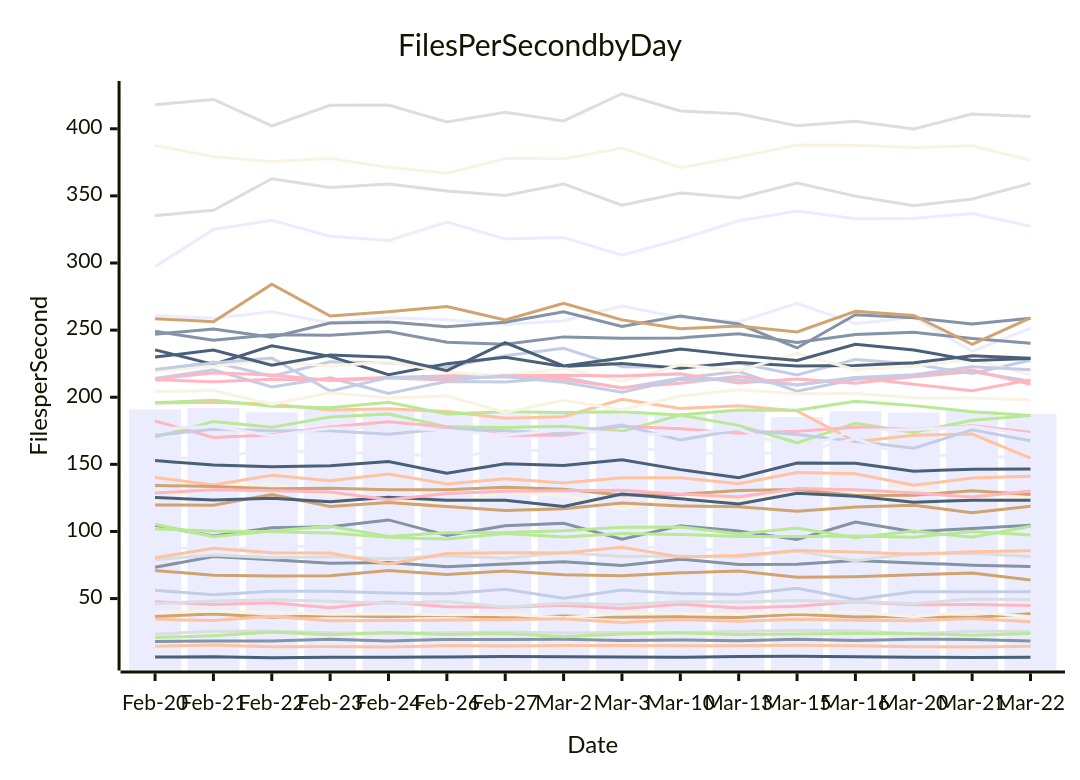
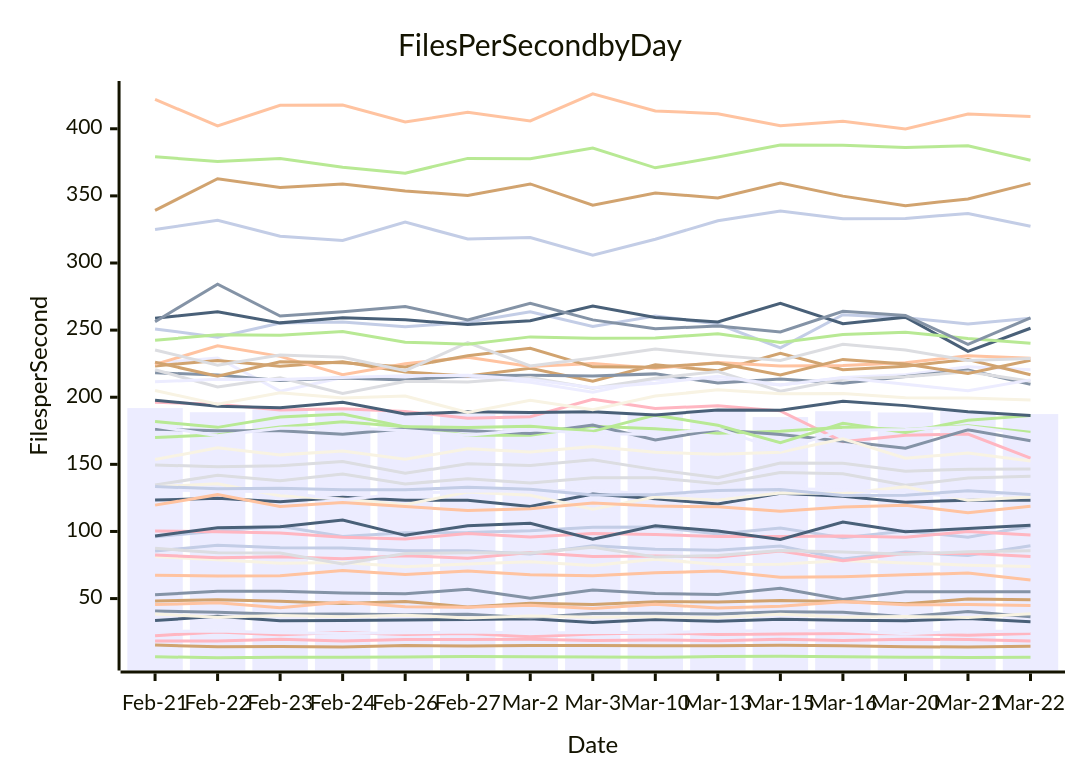
Before and after one commit to streetsidesoftware/cspell: the diagram in perf-report.md, drawn with Mermaid. The commit also changed other lines of this file and 2 other files, not shown here.

````diff
--- a/perf-report.md
+++ b/perf-report.md
@@ -11,57 +11,57 @@
 ```mermaid
 xychart-beta
     title Files Per Second by Day
     y-axis Files per Second
-    x-axis Date [Feb-20, Feb-21, Feb-22, Feb-23, Feb-24, Feb-26, Feb-27, Mar-2, Mar-3, Mar-10, Mar-13, Mar-15, Mar-16, Mar-20, Mar-21, Mar-22]
-    bar [190.95, 191.93, 188.84, 190.95, 190.14, 188.86, 187.47, 189.15, 187.99, 188.38, 189.98, 185.21, 189.57, 188.63, 189.87, 187.45]
-    line [18.01, 18.46, 18.38, 19.68, 18.34, 19.60, 19.60, 19.63, 18.78, 19.22, 18.67, 19.78, 18.71, 19.79, 19.47, 18.35]
-    line [14.46, 15.41, 14.08, 14.28, 13.96, 14.98, 14.69, 15.09, 15.05, 14.93, 14.92, 15.23, 14.84, 14.06, 13.99, 14.45]
-    line [23.53, 25.65, 25.87, 24.49, 24.03, 24.62, 25.06, 24.45, 24.76, 24.74, 25.60, 26.18, 25.98, 23.83, 25.61, 25.64]
-    line [170.26, 181.98, 177.56, 185.31, 187.50, 177.93, 177.54, 178.41, 174.58, 186.65, 179.06, 166.05, 180.55, 173.75, 182.92, 186.30]
-    line [70.89, 67.31, 66.82, 66.94, 70.88, 67.89, 70.56, 67.78, 66.98, 69.18, 70.51, 65.83, 66.30, 67.73, 68.98, 63.91]
-    line [56.16, 52.87, 55.45, 55.44, 54.09, 53.55, 56.91, 50.34, 56.33, 53.77, 52.96, 57.64, 49.40, 55.01, 55.07, 55.14]
-    line [47.66, 45.50, 46.89, 43.13, 47.48, 43.86, 43.58, 44.95, 42.68, 45.79, 43.00, 44.30, 47.55, 45.42, 45.55, 44.76]
-    line [6.45, 6.67, 5.92, 6.38, 6.30, 6.44, 6.78, 6.62, 6.55, 6.32, 6.79, 7.12, 6.59, 6.35, 6.19, 6.26]
-    line [123.16, 133.27, 135.57, 126.55, 124.20, 119.96, 129.35, 126.96, 116.50, 125.61, 123.50, 128.64, 128.22, 133.34, 123.28, 125.66]
-    line [89.95, 85.47, 89.64, 87.93, 87.72, 85.68, 85.69, 83.26, 89.40, 86.73, 86.09, 89.20, 79.46, 84.64, 82.02, 89.37]
-    line [104.52, 96.66, 102.79, 103.56, 108.60, 97.11, 104.32, 106.04, 94.30, 104.19, 100.36, 94.07, 106.95, 99.82, 102.15, 104.63]
-    line [140.26, 134.61, 141.79, 137.76, 142.75, 135.42, 139.26, 136.06, 139.99, 140.01, 135.63, 143.93, 142.95, 134.36, 139.82, 141.15]
-    line [335.36, 339.22, 362.80, 356.26, 358.85, 353.61, 350.32, 358.90, 343.06, 352.21, 348.39, 359.59, 349.81, 342.75, 347.71, 359.34]
-    line [20.92, 22.32, 25.16, 23.04, 24.66, 23.19, 24.07, 21.50, 23.56, 24.56, 23.16, 23.57, 24.07, 23.83, 22.72, 24.07]
-    line [119.71, 119.61, 127.43, 118.55, 121.57, 118.53, 115.70, 116.93, 121.24, 118.95, 118.40, 114.99, 118.14, 119.47, 113.95, 118.70]
-    line [220.24, 226.17, 215.58, 226.36, 225.70, 222.46, 230.96, 236.51, 222.64, 222.38, 225.56, 216.60, 228.18, 224.68, 217.69, 227.52]
-    line [182.28, 170.09, 171.99, 177.77, 181.65, 177.93, 171.71, 171.61, 178.31, 176.56, 173.19, 174.63, 177.66, 175.92, 178.79, 174.01]
-    line [152.78, 149.55, 148.15, 148.90, 152.11, 143.30, 150.41, 149.07, 153.47, 146.06, 140.05, 150.95, 150.81, 144.94, 146.39, 146.52]
-    line [387.65, 379.15, 375.70, 377.89, 371.33, 366.95, 377.92, 377.66, 385.69, 370.91, 378.91, 387.90, 387.80, 386.06, 387.41, 376.59]
-    line [297.30, 325.03, 331.76, 320.00, 316.72, 330.45, 317.84, 319.02, 305.87, 317.67, 331.44, 338.69, 332.97, 333.24, 336.87, 327.34]
-    line [73.32, 81.29, 78.95, 76.37, 76.80, 73.75, 75.77, 77.40, 74.68, 79.36, 75.39, 75.58, 78.40, 76.58, 74.92, 73.83]
-    line [195.69, 196.29, 194.82, 190.50, 191.36, 189.34, 184.31, 185.47, 198.42, 191.68, 193.62, 189.84, 166.89, 171.60, 172.56, 154.71]
-    line [78.91, 82.42, 80.37, 81.15, 79.72, 81.93, 80.10, 84.29, 81.35, 81.66, 80.93, 85.41, 78.19, 83.51, 83.81, 81.43]
-    line [105.41, 96.15, 100.38, 103.85, 96.33, 99.09, 99.19, 100.48, 103.18, 103.33, 98.05, 102.55, 95.32, 100.34, 95.68, 103.94]
-    line [36.62, 38.51, 36.10, 37.37, 36.52, 37.66, 35.60, 37.02, 36.08, 36.38, 35.91, 38.37, 36.25, 36.61, 35.87, 38.67]
-    line [213.97, 220.46, 207.58, 214.51, 202.85, 211.79, 211.44, 214.66, 206.78, 214.22, 219.20, 204.44, 213.42, 215.32, 218.95, 211.96]
-    line [212.95, 211.55, 213.31, 213.15, 214.61, 215.98, 216.39, 213.20, 207.00, 210.46, 215.67, 209.05, 214.60, 209.59, 204.82, 212.94]
-    line [235.31, 224.47, 238.32, 230.44, 216.76, 225.02, 229.69, 222.82, 225.14, 221.56, 225.82, 223.33, 223.62, 225.78, 230.86, 229.00]
-    line [219.20, 223.30, 227.37, 223.02, 226.36, 218.81, 215.75, 221.50, 212.02, 224.11, 219.75, 232.68, 220.52, 223.12, 228.15, 216.79]
-    line [260.94, 258.83, 263.71, 255.40, 259.16, 257.65, 254.22, 257.02, 267.92, 259.39, 256.02, 269.97, 254.79, 259.65, 234.19, 251.38]
-    line [249.13, 242.45, 246.48, 246.10, 248.98, 240.98, 239.52, 244.96, 243.99, 244.22, 247.23, 240.74, 246.80, 248.37, 243.77, 240.29]
-    line [80.37, 87.47, 84.08, 83.91, 75.76, 83.59, 84.08, 83.89, 88.30, 81.02, 82.11, 85.90, 84.63, 82.99, 84.87, 85.57]
-    line [417.90, 421.85, 402.15, 417.55, 417.69, 405.05, 412.32, 405.86, 426.09, 413.29, 411.20, 402.18, 405.65, 399.88, 410.92, 409.10]
-    line [101.87, 100.27, 99.76, 98.90, 95.69, 94.30, 98.50, 95.82, 98.55, 97.82, 96.22, 96.21, 96.60, 95.61, 100.00, 97.34]
-    line [134.30, 133.46, 131.83, 132.27, 131.01, 131.00, 133.00, 131.45, 127.22, 127.60, 130.54, 131.20, 126.76, 126.98, 130.36, 127.52]
-    line [171.61, 176.10, 175.03, 175.02, 172.48, 176.50, 175.06, 173.05, 179.29, 168.17, 175.84, 172.23, 167.20, 162.09, 175.73, 167.53]
-    line [213.49, 218.19, 216.61, 212.54, 214.33, 212.86, 215.99, 216.40, 215.81, 217.40, 210.64, 213.63, 210.38, 215.44, 220.20, 209.66]
-    line [125.30, 123.36, 124.67, 122.06, 125.40, 123.31, 123.27, 118.58, 127.90, 124.38, 120.45, 128.40, 126.26, 121.85, 123.29, 123.31]
-    line [39.79, 40.82, 39.75, 38.29, 38.55, 38.02, 38.35, 35.65, 38.90, 38.99, 38.46, 40.13, 39.77, 36.42, 40.38, 36.50]
-    line [155.61, 153.59, 162.30, 157.06, 159.96, 153.79, 161.66, 159.28, 163.36, 159.01, 157.48, 159.10, 169.05, 154.54, 158.47, 152.54]
-    line [246.95, 250.90, 244.70, 255.35, 256.03, 252.54, 255.82, 263.63, 252.65, 260.43, 254.55, 236.73, 261.47, 259.22, 254.59, 258.80]
-    line [34.71, 33.66, 36.75, 33.50, 33.75, 33.98, 34.43, 34.99, 32.10, 34.36, 33.03, 34.53, 33.80, 33.49, 35.23, 32.80]
-    line [46.36, 48.18, 49.05, 48.06, 46.41, 47.91, 43.77, 46.60, 45.68, 47.70, 47.47, 48.64, 47.90, 46.22, 49.72, 49.15]
-    line [195.93, 197.80, 193.32, 192.22, 196.28, 187.50, 189.10, 188.54, 189.19, 186.81, 190.52, 190.26, 197.02, 193.75, 189.15, 186.42]
-    line [258.56, 256.27, 284.25, 260.54, 263.62, 267.57, 257.62, 270.01, 257.62, 250.97, 253.10, 248.68, 263.99, 260.91, 239.46, 259.16]
-    line [220.72, 225.56, 229.20, 204.56, 214.62, 214.22, 215.21, 211.23, 203.79, 213.30, 213.00, 209.05, 214.75, 216.78, 222.67, 220.47]
-    line [128.62, 131.04, 130.26, 129.44, 123.58, 128.31, 129.87, 130.27, 130.71, 127.81, 125.76, 132.01, 131.14, 128.67, 125.67, 130.11]
-    line [229.90, 235.21, 223.87, 231.37, 229.84, 219.75, 240.64, 223.28, 229.19, 235.85, 231.18, 227.46, 239.47, 235.22, 227.41, 228.79]
-    line [204.19, 205.00, 194.87, 203.28, 199.45, 200.84, 188.59, 197.81, 190.62, 200.86, 205.50, 202.63, 202.69, 199.56, 199.40, 197.96]
-    line [176.25, 178.32, 171.39, 176.96, 177.51, 175.27, 171.69, 175.82, 173.02, 172.27, 176.52, 160.55, 175.49, 175.91, 178.24, 172.29]
+    x-axis Date [Feb-21, Feb-22, Feb-23, Feb-24, Feb-26, Feb-27, Mar-2, Mar-3, Mar-10, Mar-13, Mar-15, Mar-16, Mar-20, Mar-21, Mar-22]
+    bar [191.93, 188.84, 190.95, 190.14, 188.86, 187.47, 189.15, 187.99, 188.38, 189.98, 185.21, 189.57, 188.63, 189.87, 187.45]
+    line [52.87, 55.45, 55.44, 54.09, 53.55, 56.91, 50.34, 56.33, 53.77, 52.96, 57.64, 49.40, 55.01, 55.07, 55.14]
+    line [67.31, 66.82, 66.94, 70.88, 67.89, 70.56, 67.78, 66.98, 69.18, 70.51, 65.83, 66.30, 67.73, 68.98, 63.91]
+    line [134.61, 141.79, 137.76, 142.75, 135.42, 139.26, 136.06, 139.99, 140.01, 135.63, 143.93, 142.95, 134.36, 139.82, 141.15]
+    line [379.15, 375.70, 377.89, 371.33, 366.95, 377.92, 377.66, 385.69, 370.91, 378.91, 387.90, 387.80, 386.06, 387.41, 376.59]
+    line [48.18, 49.05, 48.06, 46.41, 47.91, 43.77, 46.60, 45.68, 47.70, 47.47, 48.64, 47.90, 46.22, 49.72, 49.15]
+    line [96.15, 100.38, 103.85, 96.33, 99.09, 99.19, 100.48, 103.18, 103.33, 98.05, 102.55, 95.32, 100.34, 95.68, 103.94]
+    line [22.32, 25.16, 23.04, 24.66, 23.19, 24.07, 21.50, 23.56, 24.56, 23.16, 23.57, 24.07, 23.83, 22.72, 24.07]
+    line [33.66, 36.75, 33.50, 33.75, 33.98, 34.43, 34.99, 32.10, 34.36, 33.03, 34.53, 33.80, 33.49, 35.23, 32.80]
+    line [81.29, 78.95, 76.37, 76.80, 73.75, 75.77, 77.40, 74.68, 79.36, 75.39, 75.58, 78.40, 76.58, 74.92, 73.83]
+    line [225.56, 229.20, 204.56, 214.62, 214.22, 215.21, 211.23, 203.79, 213.30, 213.00, 209.05, 214.75, 216.78, 222.67, 220.47]
+    line [40.82, 39.75, 38.29, 38.55, 38.02, 38.35, 35.65, 38.90, 38.99, 38.46, 40.13, 39.77, 36.42, 40.38, 36.50]
+    line [45.50, 46.89, 43.13, 47.48, 43.86, 43.58, 44.95, 42.68, 45.79, 43.00, 44.30, 47.55, 45.42, 45.55, 44.76]
+    line [149.55, 148.15, 148.90, 152.11, 143.30, 150.41, 149.07, 153.47, 146.06, 140.05, 150.95, 150.81, 144.94, 146.39, 146.52]
+    line [6.67, 5.92, 6.38, 6.30, 6.44, 6.78, 6.62, 6.55, 6.32, 6.79, 7.12, 6.59, 6.35, 6.19, 6.26]
+    line [223.30, 227.37, 223.02, 226.36, 218.81, 215.75, 221.50, 212.02, 224.11, 219.75, 232.68, 220.52, 223.12, 228.15, 216.79]
+    line [85.47, 89.64, 87.93, 87.72, 85.68, 85.69, 83.26, 89.40, 86.73, 86.09, 89.20, 79.46, 84.64, 82.02, 89.37]
+    line [196.29, 194.82, 190.50, 191.36, 189.34, 184.31, 185.47, 198.42, 191.68, 193.62, 189.84, 166.89, 171.60, 172.56, 154.71]
+    line [123.36, 124.67, 122.06, 125.40, 123.31, 123.27, 118.58, 127.90, 124.38, 120.45, 128.40, 126.26, 121.85, 123.29, 123.31]
+    line [133.27, 135.57, 126.55, 124.20, 119.96, 129.35, 126.96, 116.50, 125.61, 123.50, 128.64, 128.22, 133.34, 123.28, 125.66]
+    line [131.04, 130.26, 129.44, 123.58, 128.31, 129.87, 130.27, 130.71, 127.81, 125.76, 132.01, 131.14, 128.67, 125.67, 130.11]
+    line [218.19, 216.61, 212.54, 214.33, 212.86, 215.99, 216.40, 215.81, 217.40, 210.64, 213.63, 210.38, 215.44, 220.20, 209.66]
+    line [224.47, 238.32, 230.44, 216.76, 225.02, 229.69, 222.82, 225.14, 221.56, 225.82, 223.33, 223.62, 225.78, 230.86, 229.00]
+    line [220.46, 207.58, 214.51, 202.85, 211.79, 211.44, 214.66, 206.78, 214.22, 219.20, 204.44, 213.42, 215.32, 218.95, 211.96]
+    line [170.09, 171.99, 177.77, 181.65, 177.93, 171.71, 171.61, 178.31, 176.56, 173.19, 174.63, 177.66, 175.92, 178.79, 174.01]
+    line [226.17, 215.58, 226.36, 225.70, 222.46, 230.96, 236.51, 222.64, 222.38, 225.56, 216.60, 228.18, 224.68, 217.69, 227.52]
+    line [250.90, 244.70, 255.35, 256.03, 252.54, 255.82, 263.63, 252.65, 260.43, 254.55, 236.73, 261.47, 259.22, 254.59, 258.80]
+    line [82.42, 80.37, 81.15, 79.72, 81.93, 80.10, 84.29, 81.35, 81.66, 80.93, 85.41, 78.19, 83.51, 83.81, 81.43]
+    line [258.83, 263.71, 255.40, 259.16, 257.65, 254.22, 257.02, 267.92, 259.39, 256.02, 269.97, 254.79, 259.65, 234.19, 251.38]
+    line [38.51, 36.10, 37.37, 36.52, 37.66, 35.60, 37.02, 36.08, 36.38, 35.91, 38.37, 36.25, 36.61, 35.87, 38.67]
+    line [211.55, 213.31, 213.15, 214.61, 215.98, 216.39, 213.20, 207.00, 210.46, 215.67, 209.05, 214.60, 209.59, 204.82, 212.94]
+    line [176.10, 175.03, 175.02, 172.48, 176.50, 175.06, 173.05, 179.29, 168.17, 175.84, 172.23, 167.20, 162.09, 175.73, 167.53]
+    line [421.85, 402.15, 417.55, 417.69, 405.05, 412.32, 405.86, 426.09, 413.29, 411.20, 402.18, 405.65, 399.88, 410.92, 409.10]
+    line [235.21, 223.87, 231.37, 229.84, 219.75, 240.64, 223.28, 229.19, 235.85, 231.18, 227.46, 239.47, 235.22, 227.41, 228.79]
+    line [242.45, 246.48, 246.10, 248.98, 240.98, 239.52, 244.96, 243.99, 244.22, 247.23, 240.74, 246.80, 248.37, 243.77, 240.29]
+    line [15.41, 14.08, 14.28, 13.96, 14.98, 14.69, 15.09, 15.05, 14.93, 14.92, 15.23, 14.84, 14.06, 13.99, 14.45]
+    line [133.46, 131.83, 132.27, 131.01, 131.00, 133.00, 131.45, 127.22, 127.60, 130.54, 131.20, 126.76, 126.98, 130.36, 127.52]
+    line [100.27, 99.76, 98.90, 95.69, 94.30, 98.50, 95.82, 98.55, 97.82, 96.22, 96.21, 96.60, 95.61, 100.00, 97.34]
+    line [96.66, 102.79, 103.56, 108.60, 97.11, 104.32, 106.04, 94.30, 104.19, 100.36, 94.07, 106.95, 99.82, 102.15, 104.63]
+    line [153.59, 162.30, 157.06, 159.96, 153.79, 161.66, 159.28, 163.36, 159.01, 157.48, 159.10, 169.05, 154.54, 158.47, 152.54]
+    line [25.65, 25.87, 24.49, 24.03, 24.62, 25.06, 24.45, 24.76, 24.74, 25.60, 26.18, 25.98, 23.83, 25.61, 25.64]
+    line [256.27, 284.25, 260.54, 263.62, 267.57, 257.62, 270.01, 257.62, 250.97, 253.10, 248.68, 263.99, 260.91, 239.46, 259.16]
+    line [119.61, 127.43, 118.55, 121.57, 118.53, 115.70, 116.93, 121.24, 118.95, 118.40, 114.99, 118.14, 119.47, 113.95, 118.70]
+    line [87.47, 84.08, 83.91, 75.76, 83.59, 84.08, 83.89, 88.30, 81.02, 82.11, 85.90, 84.63, 82.99, 84.87, 85.57]
+    line [181.98, 177.56, 185.31, 187.50, 177.93, 177.54, 178.41, 174.58, 186.65, 179.06, 166.05, 180.55, 173.75, 182.92, 186.30]
+    line [339.22, 362.80, 356.26, 358.85, 353.61, 350.32, 358.90, 343.06, 352.21, 348.39, 359.59, 349.81, 342.75, 347.71, 359.34]
+    line [325.03, 331.76, 320.00, 316.72, 330.45, 317.84, 319.02, 305.87, 317.67, 331.44, 338.69, 332.97, 333.24, 336.87, 327.34]
+    line [18.46, 18.38, 19.68, 18.34, 19.60, 19.60, 19.63, 18.78, 19.22, 18.67, 19.78, 18.71, 19.79, 19.47, 18.35]
+    line [197.80, 193.32, 192.22, 196.28, 187.50, 189.10, 188.54, 189.19, 186.81, 190.52, 190.26, 197.02, 193.75, 189.15, 186.42]
+    line [205.00, 194.87, 203.28, 199.45, 200.84, 188.59, 197.81, 190.62, 200.86, 205.50, 202.63, 202.69, 199.56, 199.40, 197.96]
+    line [178.32, 171.39, 176.96, 177.51, 175.27, 171.69, 175.82, 173.02, 172.27, 176.52, 160.55, 175.49, 175.91, 178.24, 172.29]
 ```
````
